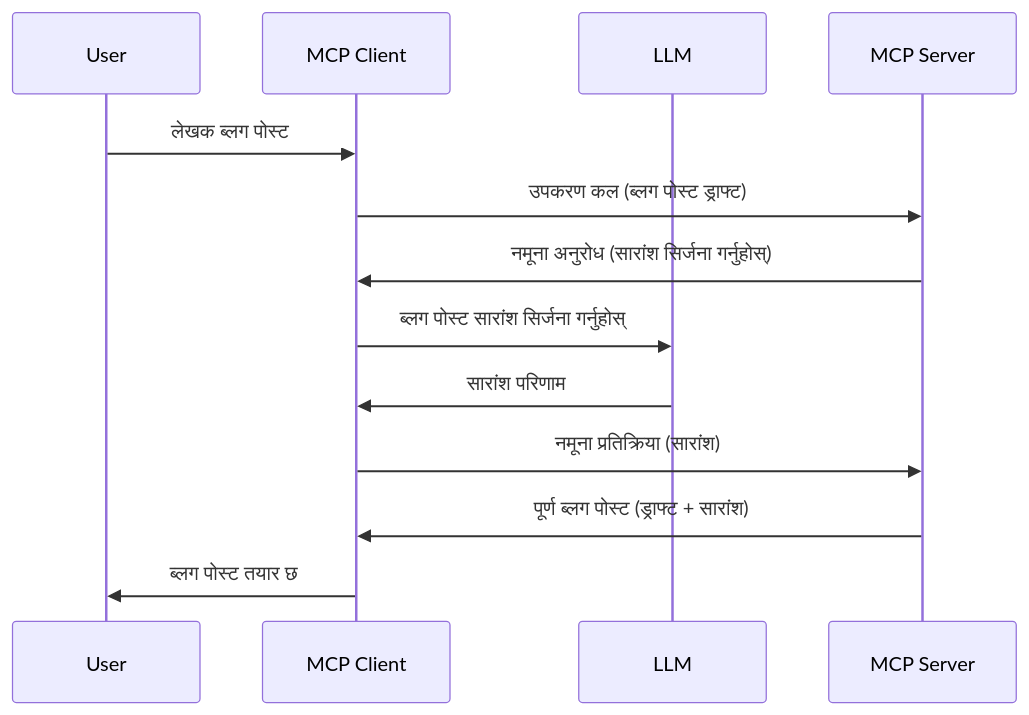
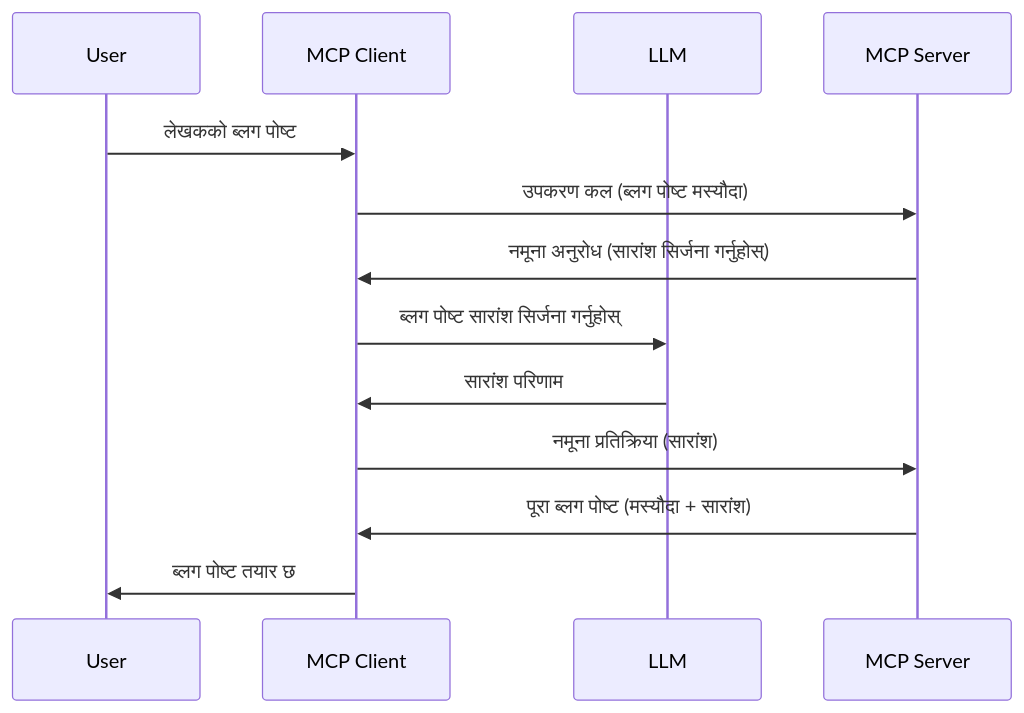
One commit to HIDORAKAI002/ai-workspace-archive changed the diagram in mcp_ecosystem__model_context_protocol/mcp_learning_resources/mcp-for-beginners/translations/ne/03-GettingStarted/14-sampling/README.md. Above: the diagram before and after it, drawn with Mermaid. The commit also changed other lines of this file and 5721 other files, not shown here.

Commit message:
chore(sync): update MCP Python SDK, MCP TypeScript SDK, Supabase MCP, Kubernetes MCP Server, Git MCP, MCP Agent, Awesome ChatGPT Prompts, Langfuse, +62 more

````diff
--- a/mcp_ecosystem__model_context_protocol/mcp_learning_resources/mcp-for-beginners/translations/ne/03-GettingStarted/14-sampling/README.md
+++ b/mcp_ecosystem__model_context_protocol/mcp_learning_resources/mcp-for-beginners/translations/ne/03-GettingStarted/14-sampling/README.md
@@ -25,16 +27,16 @@
 ```mermaid
 sequenceDiagram
     participant User
     participant MCP Client
     participant LLM
     participant MCP Server
 
-    User->>MCP Client: लेखक ब्लग पोस्ट
-    MCP Client->>MCP Server: उपकरण कल (ब्लग पोस्ट ड्राफ्ट)
+    User->>MCP Client: लेखकको ब्लग पोष्ट
+    MCP Client->>MCP Server: उपकरण कल (ब्लग पोष्ट मस्यौदा)
     MCP Server->>MCP Client: नमूना अनुरोध (सारांश सिर्जना गर्नुहोस्)
-    MCP Client->>LLM: ब्लग पोस्ट सारांश सिर्जना गर्नुहोस्
+    MCP Client->>LLM: ब्लग पोष्ट सारांश सिर्जना गर्नुहोस्
     LLM->>MCP Client: सारांश परिणाम
     MCP Client->>MCP Server: नमूना प्रतिक्रिया (सारांश)
-    MCP Server->>MCP Client: पूर्ण ब्लग पोस्ट (ड्राफ्ट + सारांश)
-    MCP Client->>User: ब्लग पोस्ट तयार छ
+    MCP Server->>MCP Client: पूरा ब्लग पोष्ट (मस्यौदा + सारांश)
+    MCP Client->>User: ब्लग पोष्ट तयार छ
 ```
````
